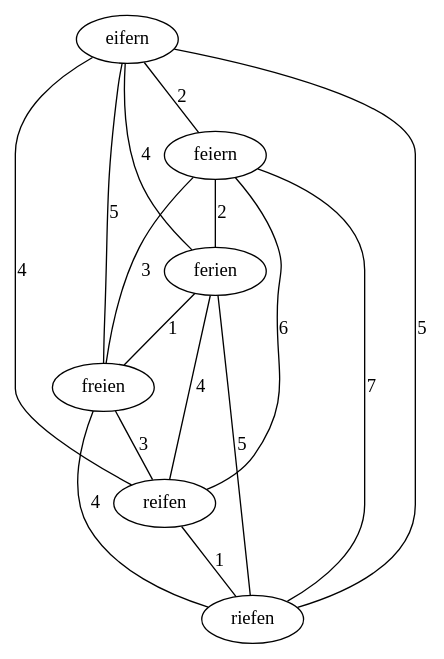
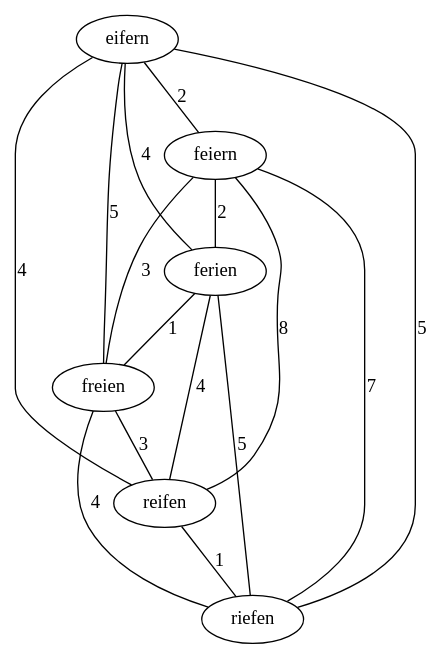
The diagram in output/dot/DE_eifern.dot (increpare/Galaktisches_Etymologieforschungsinstitut), drawn with Graphviz before and after one commit. The commit also changed 47 other files, not shown here.

```diff
--- a/output/dot/DE_eifern.dot
+++ b/output/dot/DE_eifern.dot
@@ -1,17 +1,17 @@
 graph {
 	eifern -- feiern [ label="2" ];
 	eifern -- ferien [ label="4" ];
 	eifern -- freien [ label="5" ];
 	eifern -- reifen [ label="4" ];
 	eifern -- riefen [ label="5" ];
 	feiern -- ferien [ label="2" ];
 	feiern -- freien [ label="3" ];
-	feiern -- reifen [ label="6" ];
+	feiern -- reifen [ label="8" ];
 	feiern -- riefen [ label="7" ];
 	ferien -- freien [ label="1" ];
 	ferien -- reifen [ label="4" ];
 	ferien -- riefen [ label="5" ];
 	freien -- reifen [ label="3" ];
 	freien -- riefen [ label="4" ];
 	reifen -- riefen [ label="1" ];
 }
```
